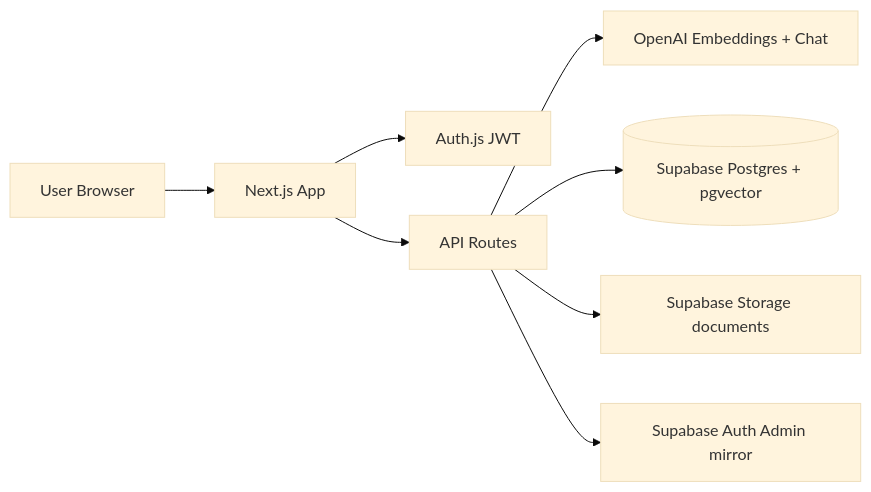
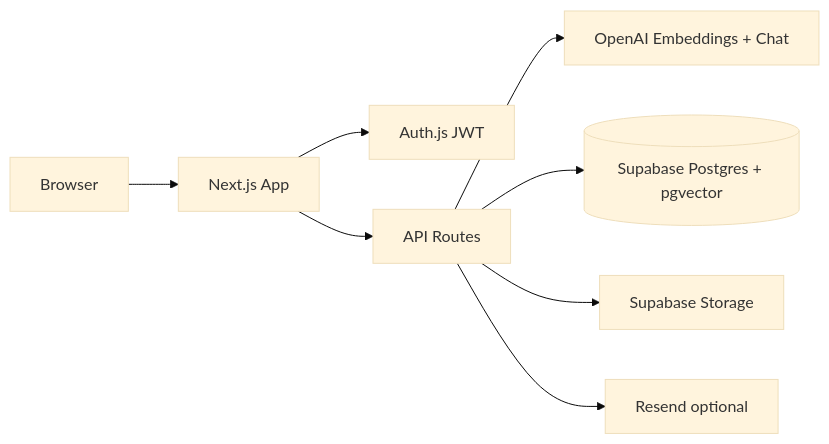
The second of 2 diagrams in README.md (Filza548/AI-Knowledge-Base-Assistant), drawn with Mermaid (base theme) before and after one commit. The commit also changed other lines of this file, not shown here.

First line of the commit message:
Refresh the README for invite-gated auth and current product behavior.

````diff
--- a/README.md
+++ b/README.md
@@ -52,10 +108,10 @@
 ```mermaid
 flowchart LR
-  User[User Browser] --> Next[Next.js App]
+  User[Browser] --> Next[Next.js App]
   Next --> Auth[Auth.js JWT]
   Next --> API[API Routes]
   API --> OpenAI[OpenAI Embeddings + Chat]
   API --> SB[(Supabase Postgres + pgvector)]
-  API --> ST[Supabase Storage documents]
-  API --> SA[Supabase Auth Admin mirror]
+  API --> ST[Supabase Storage]
+  API --> Mail[Resend optional]
 ```
````
